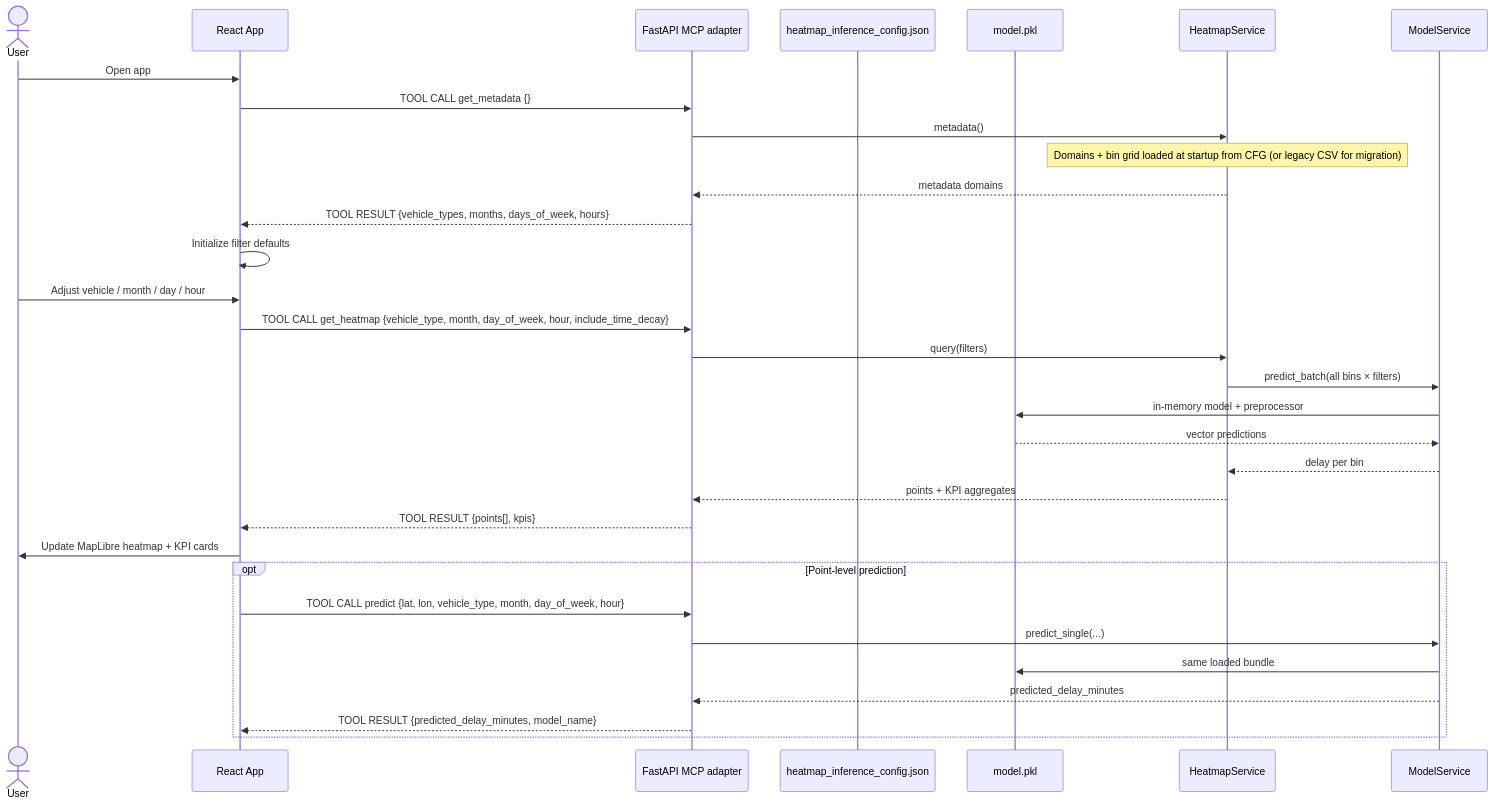
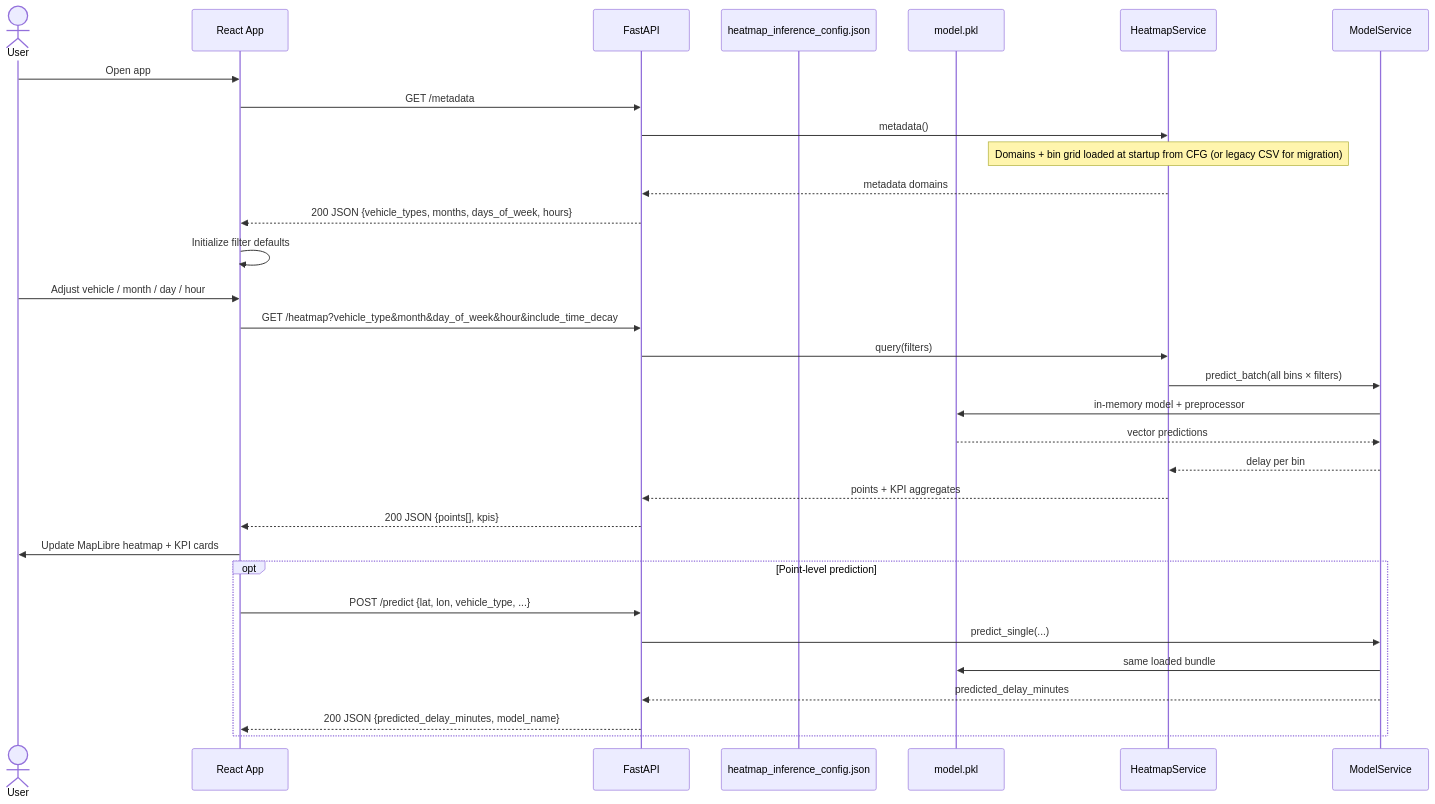
One commit to rosadigital/centennialCollege_AICapstoneProject changed the third of 4 diagrams in README.md. Above: the diagram before and after it, drawn with Mermaid. The commit also changed other lines of this file and 8 other files, not shown here.

````diff
--- a/README.md
+++ b/README.md
@@ -73,37 +89,37 @@
 ```mermaid
 sequenceDiagram
     actor User
     participant App as React App
-    participant API as FastAPI MCP adapter
+    participant API as FastAPI
     participant CFG as heatmap_inference_config.json
     participant MFile as model.pkl
     participant HSvc as HeatmapService
     participant MSvc as ModelService
 
     User->>App: Open app
-    App->>API: TOOL CALL get_metadata {}
+    App->>API: GET /metadata
     API->>HSvc: metadata()
     Note over HSvc: Domains + bin grid loaded at startup from CFG (or legacy CSV for migration)
     HSvc-->>API: metadata domains
-    API-->>App: TOOL RESULT {vehicle_types, months, days_of_week, hours}
+    API-->>App: 200 JSON {vehicle_types, months, days_of_week, hours}
     App->>App: Initialize filter defaults
 
     User->>App: Adjust vehicle / month / day / hour
-    App->>API: TOOL CALL get_heatmap {vehicle_type, month, day_of_week, hour, include_time_decay}
+    App->>API: GET /heatmap?vehicle_type&month&day_of_week&hour&include_time_decay
     API->>HSvc: query(filters)
     HSvc->>MSvc: predict_batch(all bins × filters)
     MSvc->>MFile: in-memory model + preprocessor
     MFile-->>MSvc: vector predictions
     MSvc-->>HSvc: delay per bin
     HSvc-->>API: points + KPI aggregates
-    API-->>App: TOOL RESULT {points[], kpis}
+    API-->>App: 200 JSON {points[], kpis}
     App->>User: Update MapLibre heatmap + KPI cards
 
     opt Point-level prediction
-        App->>API: TOOL CALL predict {lat, lon, vehicle_type, month, day_of_week, hour}
+        App->>API: POST /predict {lat, lon, vehicle_type, ...}
         API->>MSvc: predict_single(...)
         MSvc->>MFile: same loaded bundle
         MSvc-->>API: predicted_delay_minutes
-        API-->>App: TOOL RESULT {predicted_delay_minutes, model_name}
+        API-->>App: 200 JSON {predicted_delay_minutes, model_name}
     end
 ```
````
